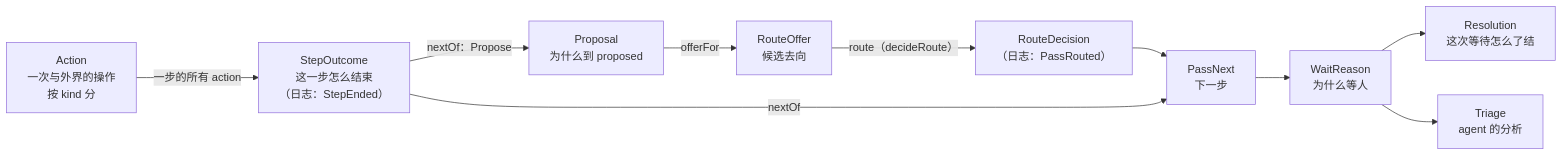
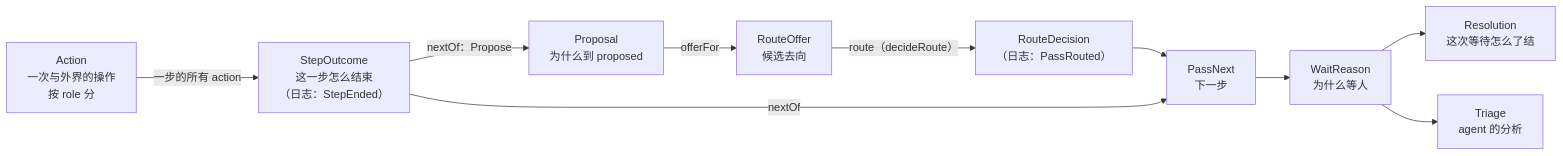
One commit to steven-zhc/lingtai changed the diagram in doc/design/types.zh.md. Above: the diagram before and after it, drawn with Mermaid. The commit also changed other lines of this file, not shown here.

First line of the commit message:
docs(design): an action is typed by the role it plays for its step, not by its plugin, and claim, end and the merge after an approval each have a place

````diff
--- a/doc/design/types.zh.md
+++ b/doc/design/types.zh.md
@@ -17,12 +18,12 @@
 ```mermaid
 flowchart LR
-  X["Action<br/>一次与外界的操作<br/>按 kind 分"] -->|"一步的所有 action"| A["StepOutcome<br/>这一步怎么结束<br/>（日志：StepEnded）"]
+  X["Action<br/>一次与外界的操作<br/>按 role 分"] -->|"一步的所有 action"| A["StepOutcome<br/>这一步怎么结束<br/>（日志：StepEnded）"]
   A -->|"nextOf：Propose"| B["Proposal<br/>为什么到 proposed"]
   B -->|offerFor| O["RouteOffer<br/>候选去向"]
   O -->|"route（decideRoute）"| R["RouteDecision<br/>（日志：PassRouted）"]
   R --> D["PassNext<br/>下一步"]
   A -->|nextOf| D
   D --> E["WaitReason<br/>为什么等人"]
   E --> F["Resolution<br/>这次等待怎么了结"]
   E --> G["Triage<br/>agent 的分析"]
 ```
````
